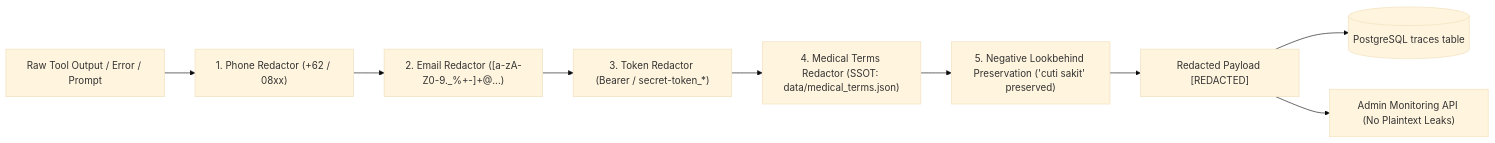
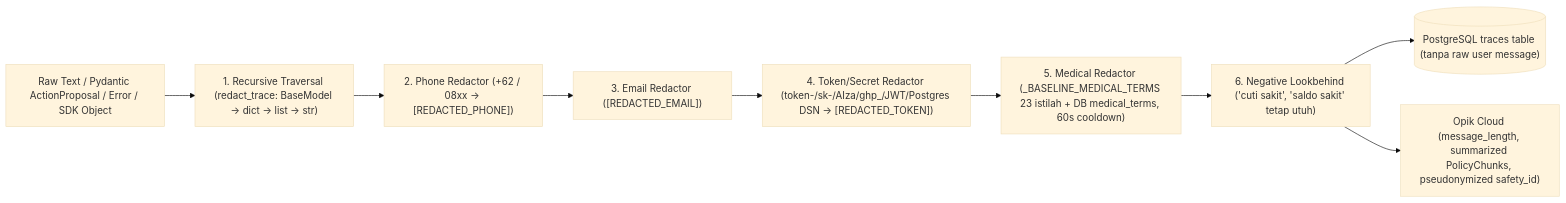
Before and after one commit to azbayou/AIEN-RMT002-BayuAziz: the sixth of 6 diagrams in milestone2-HR-Agent/architecture.md, drawn with Mermaid (base theme). The commit also changed other lines of this file and 41 other files, not shown here.

````diff
--- a/milestone2-HR-Agent/architecture.md
+++ b/milestone2-HR-Agent/architecture.md
@@ -246,11 +258,11 @@
 ```mermaid
 flowchart LR
-    RAW["Raw Tool Output / Error / Prompt"] --> REGEX_PHONE["1. Phone Redactor (+62 / 08xx)"]
-    REGEX_PHONE --> REGEX_EMAIL["2. Email Redactor ([a-zA-Z0-9._%+-]+@...)"]
-    REGEX_EMAIL --> REGEX_TOKEN["3. Token Redactor (Bearer / secret-token_*)"]
-    REGEX_TOKEN --> REGEX_MED["4. Medical Terms Redactor (SSOT: data/medical_terms.json)"]
-    REGEX_MED --> LOOKBEHIND["5. Negative Lookbehind Preservation ('cuti sakit' preserved)"]
-    LOOKBEHIND --> SANITIZED["Redacted Payload [REDACTED]"]
-    SANITIZED --> TRACE_DB[("PostgreSQL traces table")]
-    SANITIZED --> MON_API["Admin Monitoring API (No Plaintext Leaks)"]
+    RAW["Raw Text / Pydantic ActionProposal / Error / SDK Object"] --> SER["1. Recursive Traversal (redact_trace: BaseModel -> dict -> list -> str)"]
+    SER --> REGEX_PHONE["2. Phone Redactor (+62 / 08xx -> [REDACTED_PHONE])"]
+    REGEX_PHONE --> REGEX_EMAIL["3. Email Redactor ([REDACTED_EMAIL])"]
+    REGEX_EMAIL --> REGEX_TOKEN["4. Token/Secret Redactor (token-/sk-/AIza/ghp_/JWT/Postgres DSN -> [REDACTED_TOKEN])"]
+    REGEX_TOKEN --> REGEX_MED["5. Medical Redactor (_BASELINE_MEDICAL_TERMS 23 istilah + DB medical_terms, 60s cooldown)"]
+    REGEX_MED --> LOOKBEHIND["6. Negative Lookbehind ('cuti sakit', 'saldo sakit' tetap utuh)"]
+    LOOKBEHIND --> TRACE_DB[("PostgreSQL traces table (tanpa raw user message)")]
+    LOOKBEHIND --> OPIK_CLD["Opik Cloud (message_length, summarized PolicyChunks, pseudonymized safety_id)"]
 ```
````
